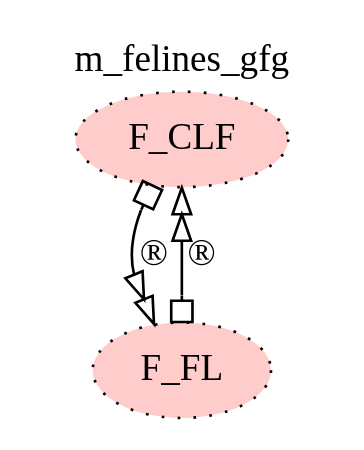
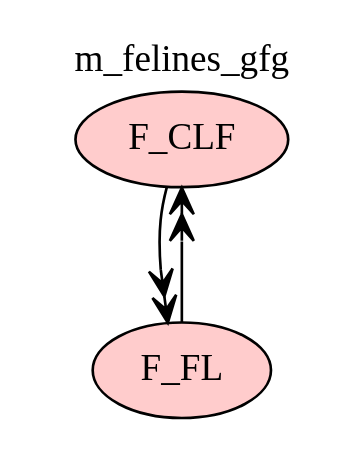
Before and after one commit to namalio/Fragmenta: the diagram in Haskell/FragmentaTests/CatLynxFeline/img/m_felines_gfg.gv, drawn with Graphviz. The commit also changed 129 other files, not shown here.

```diff
--- a/Haskell/FragmentaTests/CatLynxFeline/img/m_felines_gfg.gv
+++ b/Haskell/FragmentaTests/CatLynxFeline/img/m_felines_gfg.gv
@@ -1,7 +1,7 @@
 digraph {graph[label=m_felines_gfg,labelloc=tl,labelfontsize=12];
-"F_CLF"[shape=oval,fillcolor="#FFCCCC",style ="filled,dotted",label="F_CLF"];
-"F_FL"[shape=oval,fillcolor="#FFCCCC",style ="filled,dotted",label="F_FL"];
+"F_CLF"[shape=oval,fillcolor="#FFCCCC",style ="filled",label="F_CLF"];
+"F_FL"[shape=oval,fillcolor="#FFCCCC",style ="filled",label="F_FL"];
 
-"F_CLF"->"F_FL"[label=®,dir=both,arrowtail=obox,arrowhead=emptyempty];
-"F_FL"->"F_CLF"[label=®,dir=both,arrowtail=obox,arrowhead=emptyempty];
+"F_CLF"->"F_FL"[label=" ",arrowhead=veevee];
+"F_FL"->"F_CLF"[label=" ",arrowhead=veevee];
 }
```
